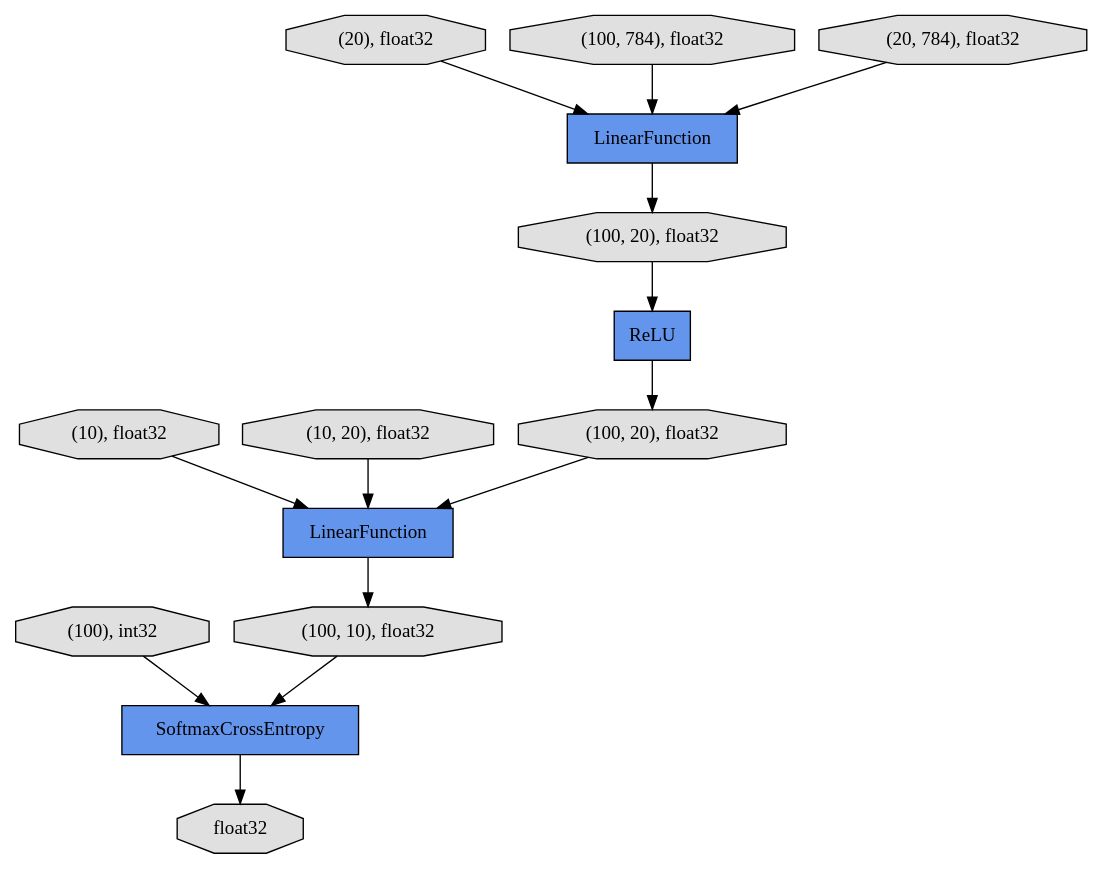
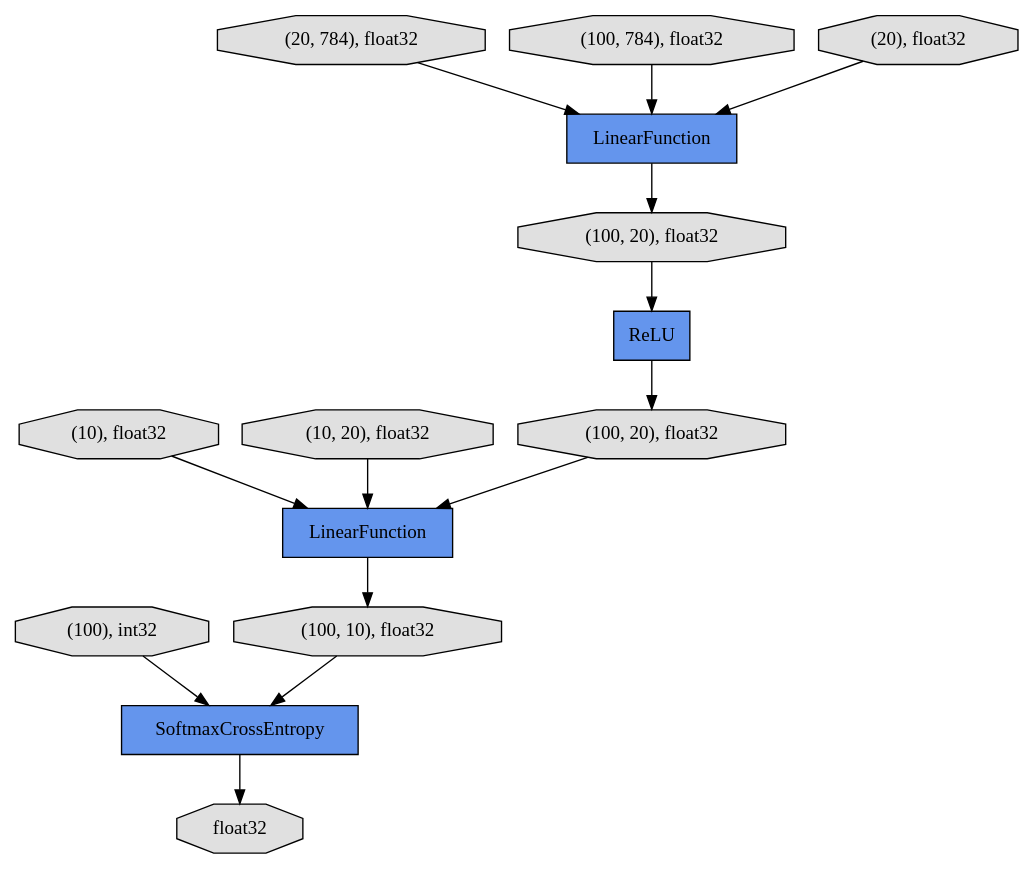
The diagram in feedforward/result_feedforward/cg.dot (artcogsys/ANN), drawn with Graphviz before and after one commit. The commit also changed 25 other files, not shown here.

```diff
--- a/feedforward/result_feedforward/cg.dot
+++ b/feedforward/result_feedforward/cg.dot
@@ -1,1 +1,1 @@
-digraph graphname{rankdir=TB;4478095440 [shape="octagon",style="filled",fillcolor="#E0E0E0",label="(100, 20), float32"];4420761808 [shape="octagon",style="filled",fillcolor="#E0E0E0",label="(10), float32"];4420761232 [shape="octagon",style="filled",fillcolor="#E0E0E0",label="(10, 20), float32"];4420763344 [shape="octagon",style="filled",fillcolor="#E0E0E0",label="(100), int32"];4478095568 [shape="octagon",style="filled",fillcolor="#E0E0E0",label="(100, 10), float32"];4420762000 [shape="octagon",style="filled",fillcolor="#E0E0E0",label="(20), float32"];4420763408 [shape="record",style="filled",fillcolor="#6495ED",label="LinearFunction"];4420763280 [shape="octagon",style="filled",fillcolor="#E0E0E0",label="(100, 784), float32"];4478095696 [shape="record",style="filled",fillcolor="#6495ED",label="SoftmaxCrossEntropy"];4420763536 [shape="record",style="filled",fillcolor="#6495ED",label="ReLU"];4478095760 [shape="octagon",style="filled",fillcolor="#E0E0E0",label="float32"];4420763216 [shape="record",style="filled",fillcolor="#6495ED",label="LinearFunction"];4420761040 [shape="octagon",style="filled",fillcolor="#E0E0E0",label="(20, 784), float32"];4420763472 [shape="octagon",style="filled",fillcolor="#E0E0E0",label="(100, 20), float32"];4420762000 -> 4420763216;4478095696 -> 4478095760;4420763280 -> 4420763216;4420763472 -> 4420763536;4478095440 -> 4420763408;4420761040 -> 4420763216;4420763344 -> 4478095696;4420761808 -> 4420763408;4420761232 -> 4420763408;4420763536 -> 4478095440;4420763408 -> 4478095568;4478095568 -> 4478095696;4420763216 -> 4420763472;}
+digraph graphname{rankdir=TB;4667032080 [shape="record",style="filled",fillcolor="#6495ED",label="SoftmaxCrossEntropy"];4667031824 [shape="octagon",style="filled",fillcolor="#E0E0E0",label="(100, 20), float32"];4667031632 [shape="octagon",style="filled",fillcolor="#E0E0E0",label="(100), int32"];4421405200 [shape="octagon",style="filled",fillcolor="#E0E0E0",label="(10), float32"];4667031696 [shape="record",style="filled",fillcolor="#6495ED",label="LinearFunction"];4667032272 [shape="octagon",style="filled",fillcolor="#E0E0E0",label="float32"];4667031760 [shape="octagon",style="filled",fillcolor="#E0E0E0",label="(100, 10), float32"];4421404944 [shape="octagon",style="filled",fillcolor="#E0E0E0",label="(10, 20), float32"];4667031888 [shape="record",style="filled",fillcolor="#6495ED",label="ReLU"];4421406608 [shape="record",style="filled",fillcolor="#6495ED",label="LinearFunction"];4421405072 [shape="octagon",style="filled",fillcolor="#E0E0E0",label="(20, 784), float32"];4667031952 [shape="octagon",style="filled",fillcolor="#E0E0E0",label="(100, 20), float32"];4421406672 [shape="octagon",style="filled",fillcolor="#E0E0E0",label="(100, 784), float32"];4421404752 [shape="octagon",style="filled",fillcolor="#E0E0E0",label="(20), float32"];4667031760 -> 4667032080;4421405200 -> 4421406608;4667031888 -> 4667031952;4667032080 -> 4667032272;4421404752 -> 4667031696;4667031952 -> 4421406608;4421406608 -> 4667031760;4421404944 -> 4421406608;4421406672 -> 4667031696;4667031632 -> 4667032080;4421405072 -> 4667031696;4667031696 -> 4667031824;4667031824 -> 4667031888;}
```
